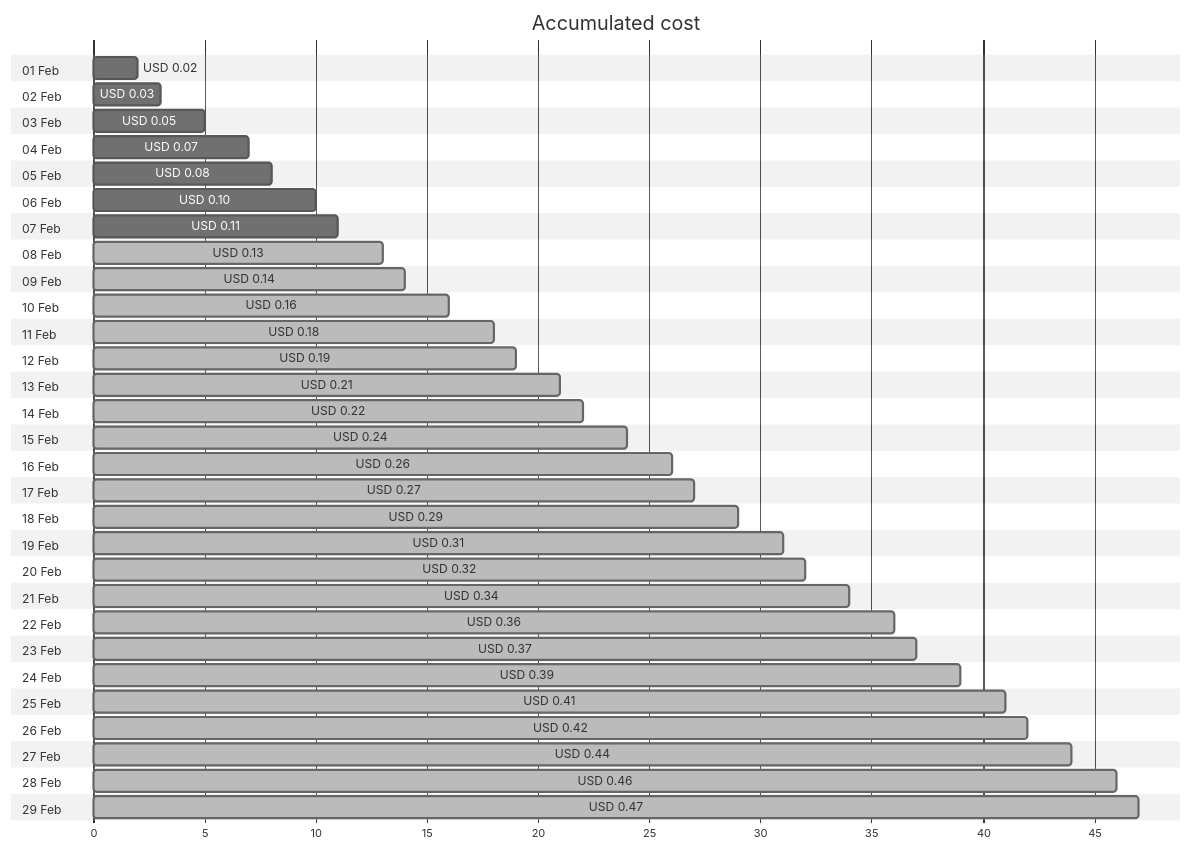
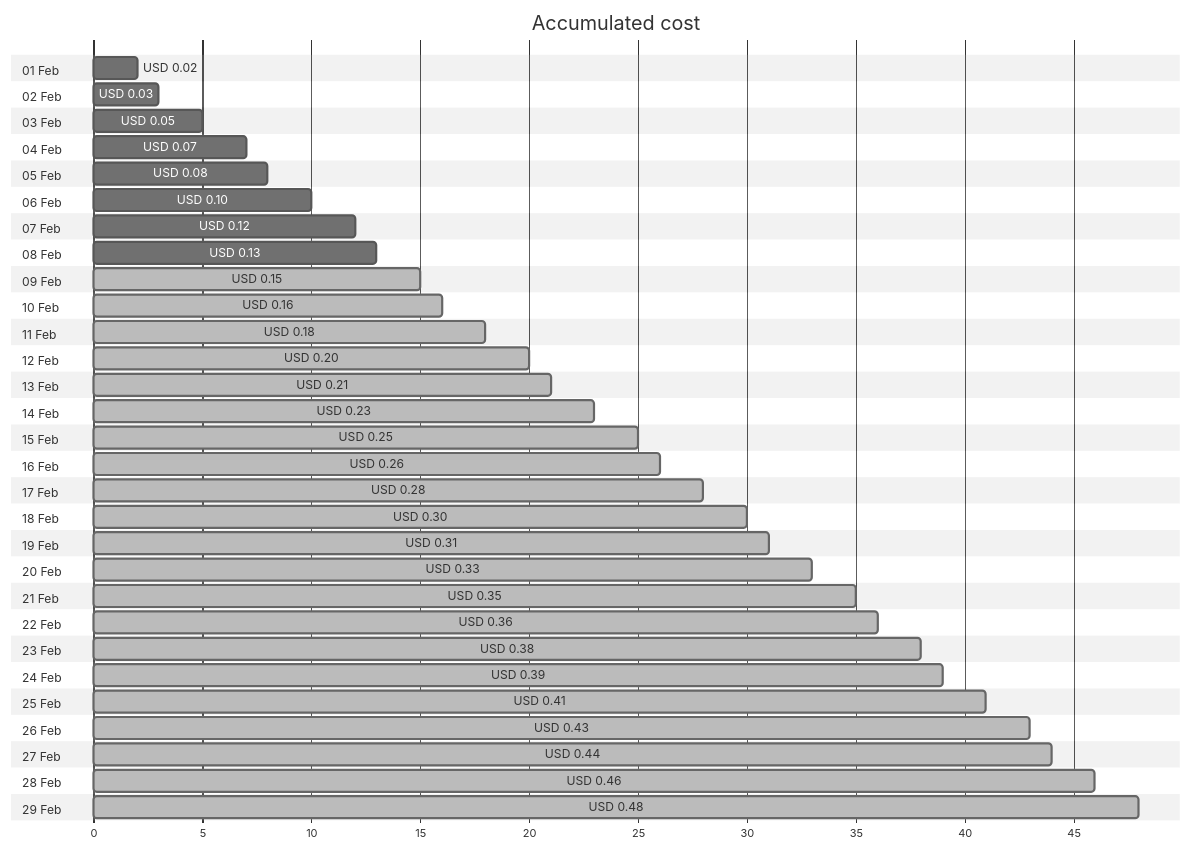
The first of 4 diagrams in cost-reports/personal-dns/jpatrickfulton.dev.md (jpfulton/azure-personal-reports), drawn with Mermaid (neutral theme) before and after one commit. The commit also changed other lines of this file and 2 other files, not shown here.

Commit message:
Generated reports [skip ci]

````diff
--- a/cost-reports/personal-dns/jpatrickfulton.dev.md
+++ b/cost-reports/personal-dns/jpatrickfulton.dev.md
@@ -20,64 +20,64 @@
 ```mermaid
 gantt
    title Accumulated cost
    dateFormat  X
    axisFormat %s
    section 01 Feb
    USD 0.02 :0, 2
    section 02 Feb
    USD 0.03 :0, 3
    section 03 Feb
    USD 0.05 :0, 5
    section 04 Feb
    USD 0.07 :0, 7
    section 05 Feb
    USD 0.08 :0, 8
    section 06 Feb
    USD 0.10 :0, 10
    section 07 Feb
-   USD 0.11 :0, 11
+   USD 0.12 :0, 12
    section 08 Feb
-   USD 0.13 : done, 0, 13
+   USD 0.13 :0, 13
    section 09 Feb
-   USD 0.14 : done, 0, 14
+   USD 0.15 : done, 0, 15
    section 10 Feb
    USD 0.16 : done, 0, 16
    section 11 Feb
    USD 0.18 : done, 0, 18
    section 12 Feb
-   USD 0.19 : done, 0, 19
+   USD 0.20 : done, 0, 20
    section 13 Feb
    USD 0.21 : done, 0, 21
    section 14 Feb
-   USD 0.22 : done, 0, 22
+   USD 0.23 : done, 0, 23
    section 15 Feb
-   USD 0.24 : done, 0, 24
+   USD 0.25 : done, 0, 25
    section 16 Feb
    USD 0.26 : done, 0, 26
    section 17 Feb
-   USD 0.27 : done, 0, 27
+   USD 0.28 : done, 0, 28
    section 18 Feb
-   USD 0.29 : done, 0, 29
+   USD 0.30 : done, 0, 30
    section 19 Feb
    USD 0.31 : done, 0, 31
    section 20 Feb
-   USD 0.32 : done, 0, 32
+   USD 0.33 : done, 0, 33
    section 21 Feb
-   USD 0.34 : done, 0, 34
+   USD 0.35 : done, 0, 35
    section 22 Feb
    USD 0.36 : done, 0, 36
    section 23 Feb
-   USD 0.37 : done, 0, 37
+   USD 0.38 : done, 0, 38
    section 24 Feb
    USD 0.39 : done, 0, 39
    section 25 Feb
    USD 0.41 : done, 0, 41
    section 26 Feb
-   USD 0.42 : done, 0, 42
+   USD 0.43 : done, 0, 43
    section 27 Feb
    USD 0.44 : done, 0, 44
    section 28 Feb
    USD 0.46 : done, 0, 46
    section 29 Feb
-   USD 0.47 : done, 0, 47
+   USD 0.48 : done, 0, 48
 ```
````
